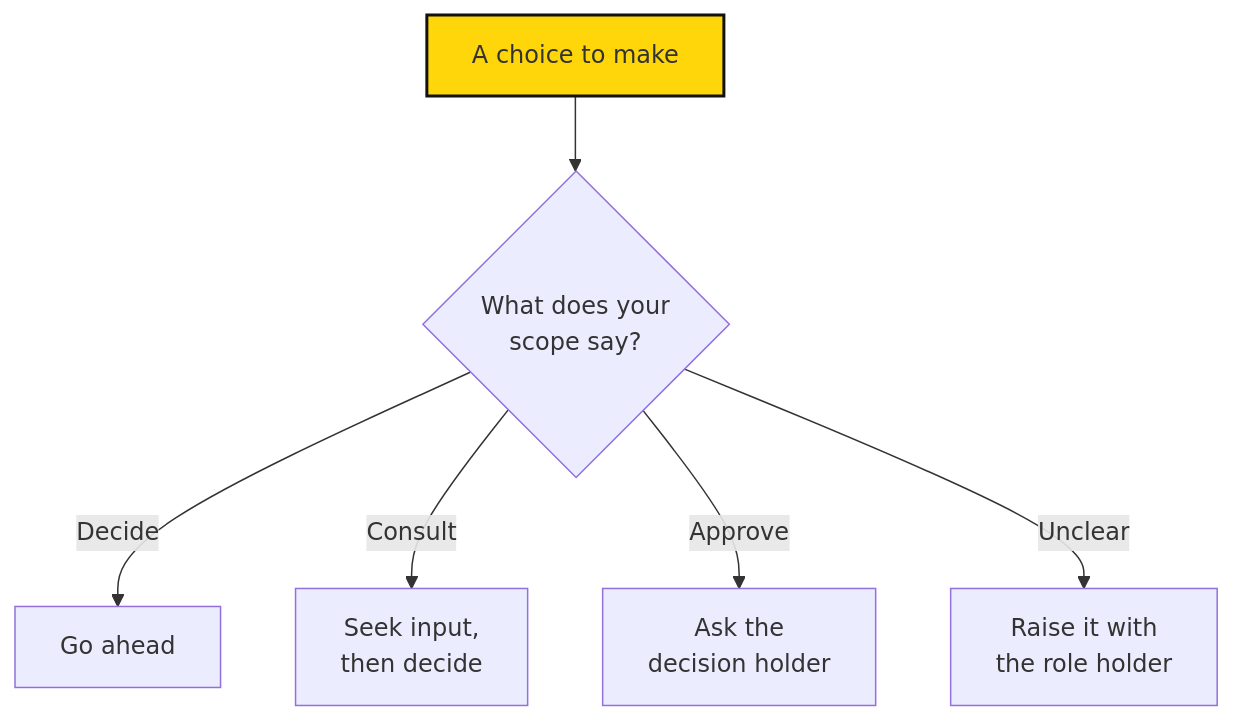
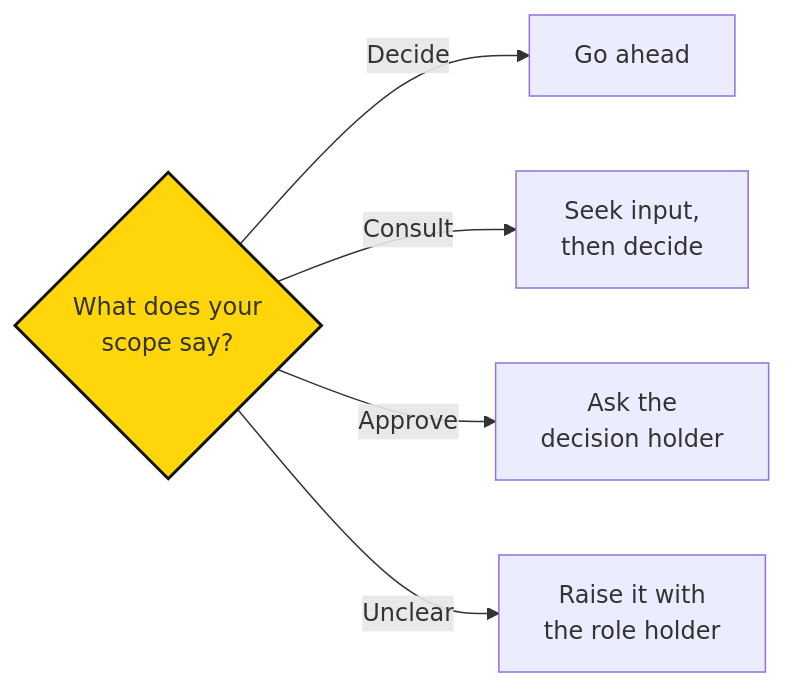
One commit to Sapiens-First/Docs changed the diagram in docs/organization/decisions.md. Above: the diagram before and after it, drawn with Mermaid. The commit also changed 1 other file, not shown here.

Commit message:
Draw decision guide left to right so branches stay readable on phones

````diff
--- a/docs/organization/decisions.md
+++ b/docs/organization/decisions.md
@@ -13,10 +13,10 @@
 ```mermaid
-flowchart TB
-  C["A choice to make"] --> Q{"What does your<br/>scope say?"}
+flowchart LR
+  Q{"What does your<br/>scope say?"}
   Q -->|Decide| D["Go ahead"]
   Q -->|Consult| I["Seek input,<br/>then decide"]
   Q -->|Approve| A["Ask the<br/>decision holder"]
   Q -->|Unclear| U["Raise it with<br/>the role holder"]
   classDef accent fill:#ffd60a,stroke:#111,stroke-width:2px
-  class C accent
+  class Q accent
 ```
````
